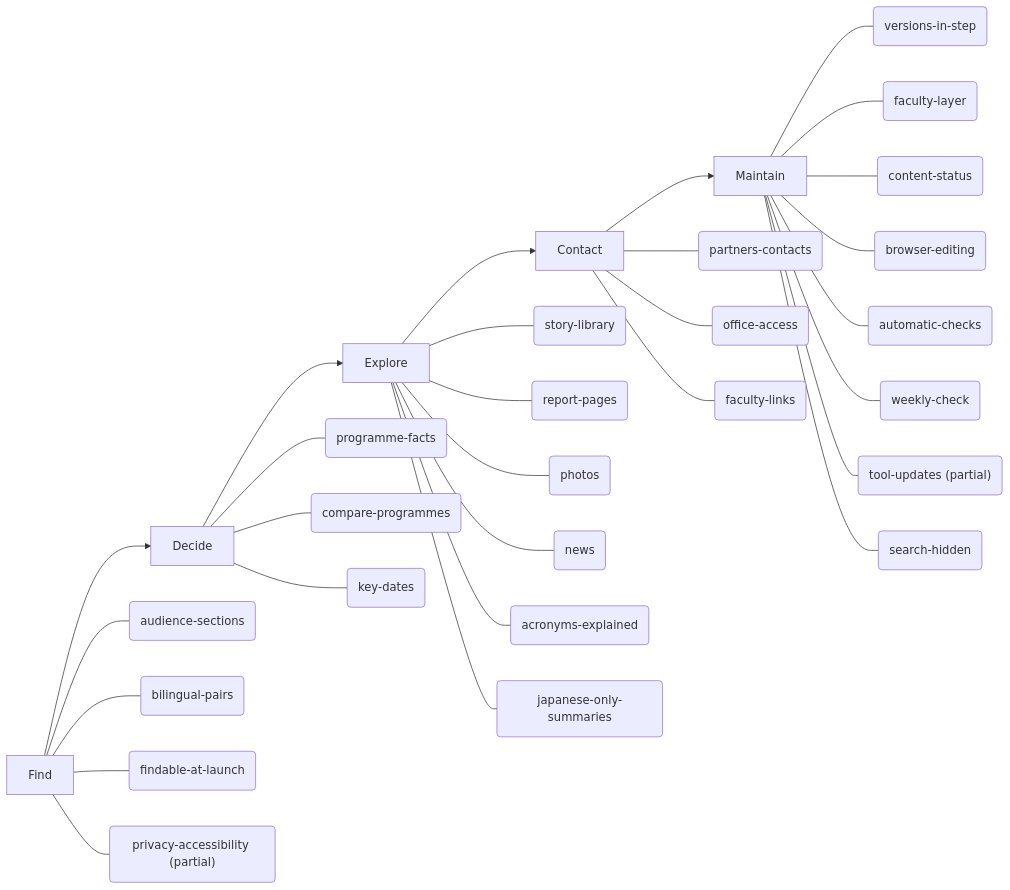
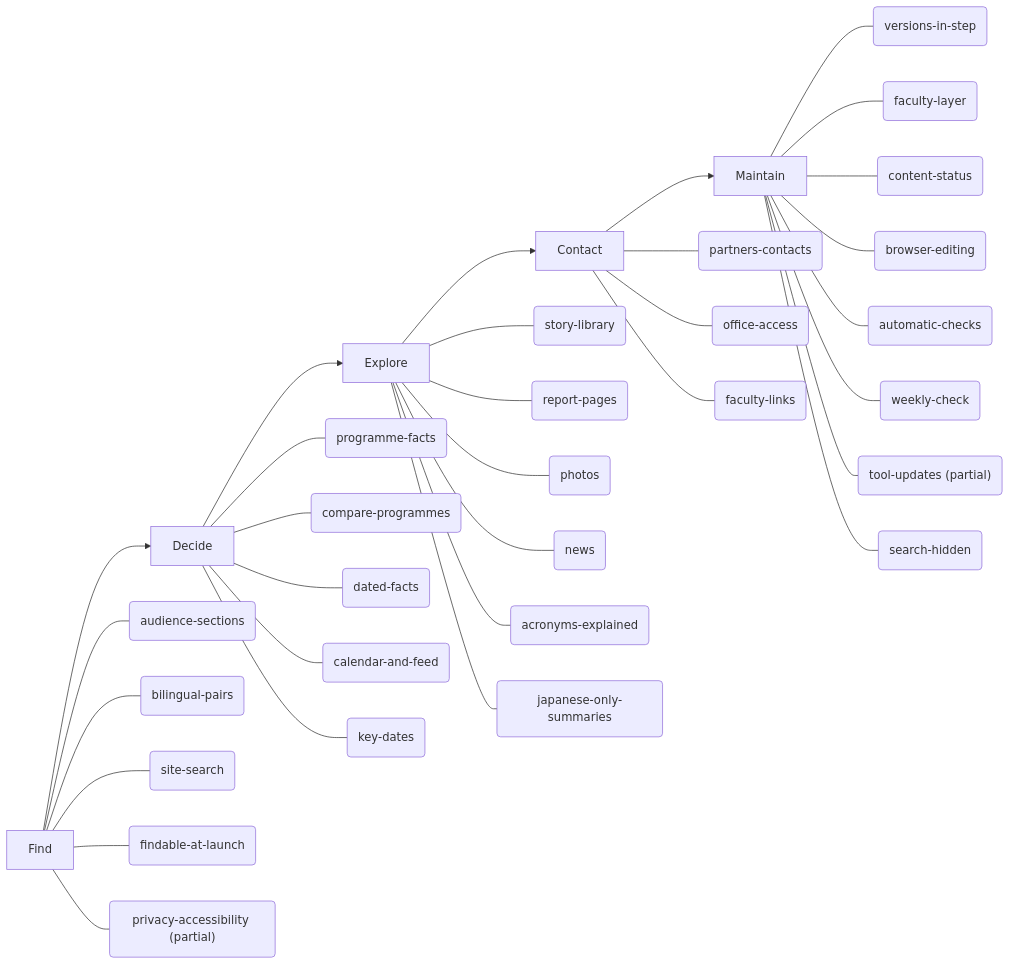
The diagram in docs/features.md (BasileChretien/nagoya-med-intl-prototype), drawn with Mermaid before and after one commit. The commit also changed other lines of this file and 51 other files, not shown here.

````diff
--- a/docs/features.md
+++ b/docs/features.md
@@ -5,36 +5,39 @@
 ```mermaid
 flowchart LR
   S0["Find"]
   S1["Decide"]
   S2["Explore"]
   S3["Contact"]
   S4["Maintain"]
   S0 --> S1
   S1 --> S2
   S2 --> S3
   S3 --> S4
   S0 --- audience_sections("audience-sections")
   S0 --- bilingual_pairs("bilingual-pairs")
   S1 --- programme_facts("programme-facts")
   S1 --- compare_programmes("compare-programmes")
+  S1 --- dated_facts("dated-facts")
+  S0 --- site_search("site-search")
+  S1 --- calendar_and_feed("calendar-and-feed")
   S1 --- key_dates("key-dates")
   S2 --- story_library("story-library")
   S2 --- report_pages("report-pages")
   S2 --- photos("photos")
   S2 --- news("news")
   S3 --- partners_contacts("partners-contacts")
   S3 --- office_access("office-access")
   S2 --- acronyms_explained("acronyms-explained")
   S2 --- japanese_only_summaries("japanese-only-summaries")
   S3 --- faculty_links("faculty-links")
   S4 --- versions_in_step("versions-in-step")
   S4 --- faculty_layer("faculty-layer")
   S4 --- content_status("content-status")
   S4 --- browser_editing("browser-editing")
   S4 --- automatic_checks("automatic-checks")
   S4 --- weekly_check("weekly-check")
   S4 --- tool_updates("tool-updates (partial)")
   S4 --- search_hidden("search-hidden")
   S0 --- findable_at_launch("findable-at-launch")
   S0 --- privacy_accessibility("privacy-accessibility (partial)")
 ```
````
